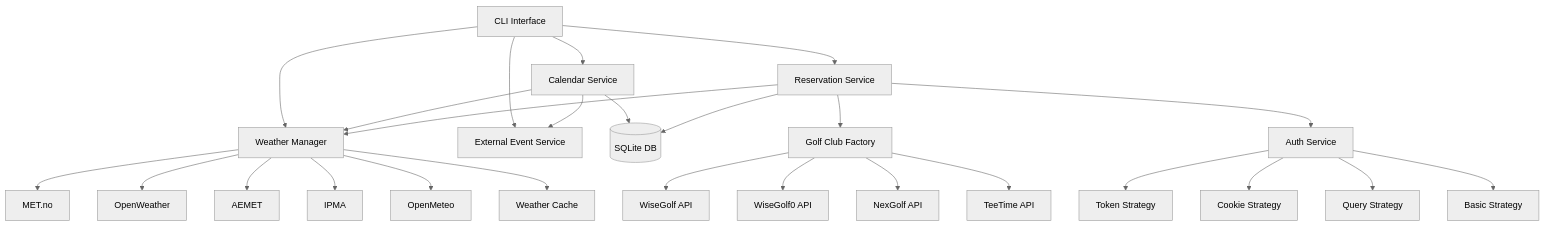
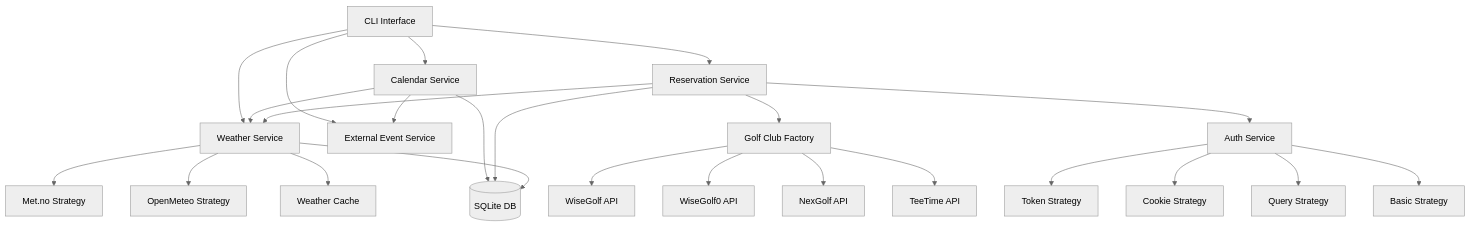
The first of 4 diagrams in docs/architecture/overview.md (nasula/golfcal2), drawn with Mermaid (neutral theme) before and after one commit. The commit also changed other lines of this file and 16 other files, not shown here.

First line of the commit message:
Refactor weather service documentation with strategy pattern and improved provider implementations

````diff
--- a/docs/architecture/overview.md
+++ b/docs/architecture/overview.md
@@ -9,33 +9,31 @@
 ```mermaid
 graph TD
     CLI[CLI Interface] --> CS[Calendar Service]
     CLI --> RS[Reservation Service]
-    CLI --> WM[Weather Manager]
+    CLI --> WS[Weather Service]
     CLI --> EES[External Event Service]
     
-    CS --> WM
+    CS --> WS
     CS --> EES
     CS --> DB[(SQLite DB)]
     
-    RS --> WM
+    RS --> WS
     RS --> GCF[Golf Club Factory]
     RS --> AS[Auth Service]
     RS --> DB
     
     GCF --> WG[WiseGolf API]
     GCF --> WG0[WiseGolf0 API]
     GCF --> NG[NexGolf API]
     GCF --> TT[TeeTime API]
     
-    WM --> MET[MET.no]
-    WM --> OW[OpenWeather]
-    WM --> AE[AEMET]
-    WM --> IP[IPMA]
-    WM --> OM[OpenMeteo]
-    WM --> Cache[Weather Cache]
+    WS --> Met[Met.no Strategy]
+    WS --> OM[OpenMeteo Strategy]
+    WS --> Cache[Weather Cache]
+    WS --> DB
     
     AS --> TS[Token Strategy]
     AS --> CS2[Cookie Strategy]
     AS --> QS[Query Strategy]
     AS --> BS[Basic Strategy]
 ```
````
